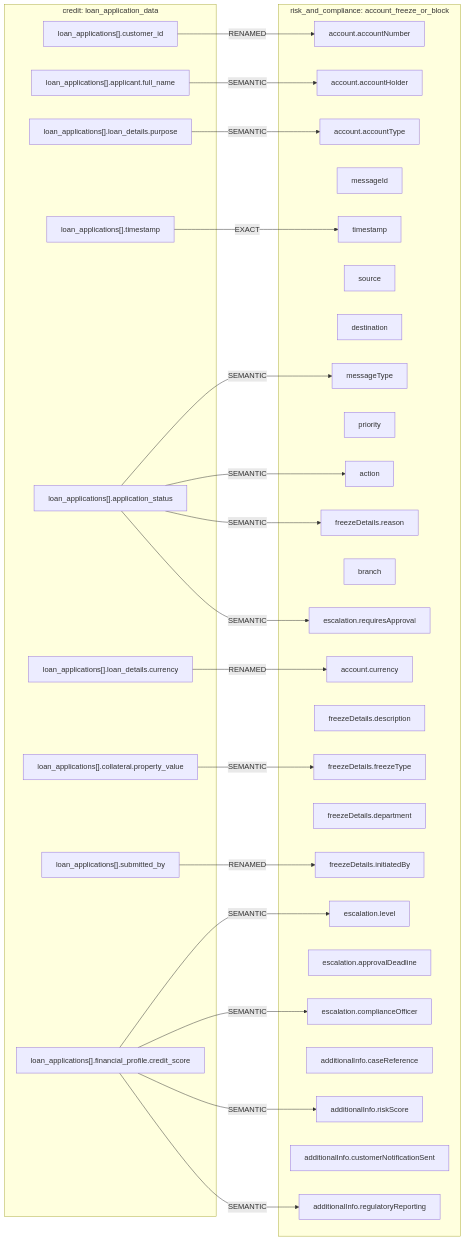
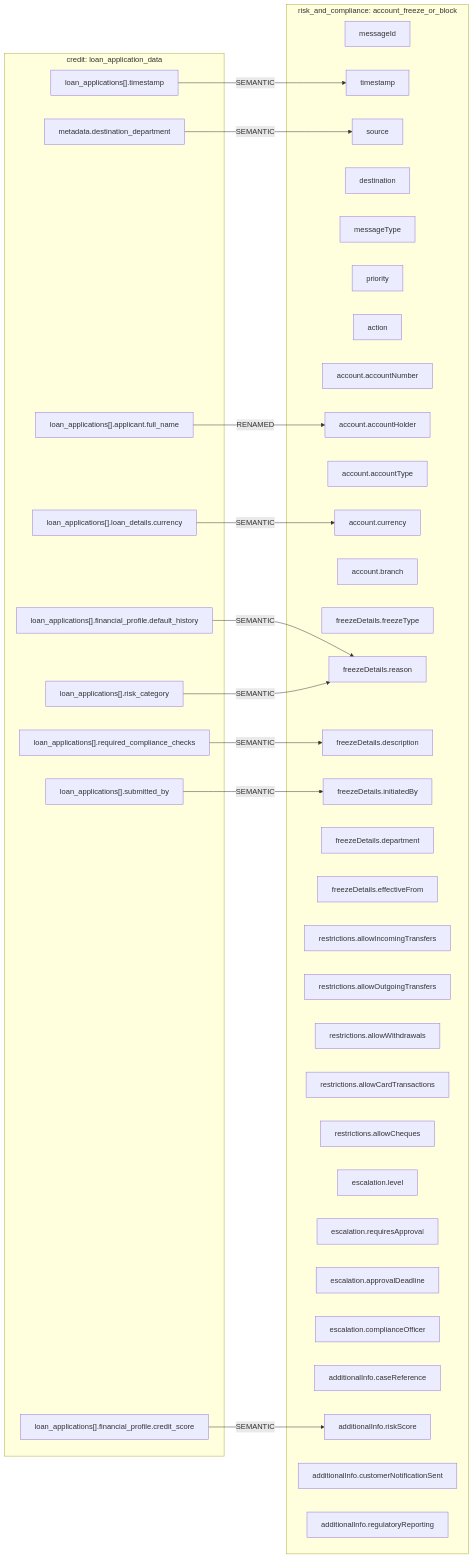
The diagram in mermaids/risk_and_compliance/accounts/account_freeze_or_block__from__credit__loan_application_data.mmd (MAKWilkinson/HSBC-Data-Fabric-PoC-v2), drawn with Mermaid before and after one commit. The commit also changed 447 other files, not shown here.

```diff
--- a/mermaids/risk_and_compliance/accounts/account_freeze_or_block__from__credit__loan_application_data.mmd
+++ b/mermaids/risk_and_compliance/accounts/account_freeze_or_block__from__credit__loan_application_data.mmd
@@ -1,54 +1,54 @@
 flowchart LR
   subgraph IN["credit: loan_application_data"]
-    in_loan_applications___customer_id["loan_applications[].customer_id"]
+    in_loan_applications___timestamp["loan_applications[].timestamp"]
+    in_metadata_destination_department["metadata.destination_department"]
     in_loan_applications___applicant_full_name["loan_applications[].applicant.full_name"]
-    in_loan_applications___loan_details_purpose["loan_applications[].loan_details.purpose"]
-    in_loan_applications___timestamp["loan_applications[].timestamp"]
-    in_loan_applications___application_status["loan_applications[].application_status"]
     in_loan_applications___loan_details_currency["loan_applications[].loan_details.currency"]
-    in_loan_applications___collateral_property_value["loan_applications[].collateral.property_value"]
+    in_loan_applications___financial_profile_default_history["loan_applications[].financial_profile.default_history"]
+    in_loan_applications___risk_category["loan_applications[].risk_category"]
+    in_loan_applications___required_compliance_checks["loan_applications[].required_compliance_checks"]
     in_loan_applications___submitted_by["loan_applications[].submitted_by"]
     in_loan_applications___financial_profile_credit_score["loan_applications[].financial_profile.credit_score"]
   end
   subgraph OUT["risk_and_compliance: account_freeze_or_block"]
-    out_account_accountNumber["account.accountNumber"]
-    out_account_accountHolder["account.accountHolder"]
-    out_account_accountType["account.accountType"]
     out_messageId["messageId"]
     out_timestamp["timestamp"]
     out_source["source"]
     out_destination["destination"]
     out_messageType["messageType"]
     out_priority["priority"]
     out_action["action"]
+    out_account_accountNumber["account.accountNumber"]
+    out_account_accountHolder["account.accountHolder"]
+    out_account_accountType["account.accountType"]
     out_account_currency["account.currency"]
-    out_branch["branch"]
+    out_account_branch["account.branch"]
     out_freezeDetails_freezeType["freezeDetails.freezeType"]
     out_freezeDetails_reason["freezeDetails.reason"]
     out_freezeDetails_description["freezeDetails.description"]
     out_freezeDetails_initiatedBy["freezeDetails.initiatedBy"]
     out_freezeDetails_department["freezeDetails.department"]
+    out_freezeDetails_effectiveFrom["freezeDetails.effectiveFrom"]
+    out_restrictions_allowIncomingTransfers["restrictions.allowIncomingTransfers"]
+    out_restrictions_allowOutgoingTransfers["restrictions.allowOutgoingTransfers"]
+    out_restrictions_allowWithdrawals["restrictions.allowWithdrawals"]
+    out_restrictions_allowCardTransactions["restrictions.allowCardTransactions"]
+    out_restrictions_allowCheques["restrictions.allowCheques"]
     out_escalation_level["escalation.level"]
     out_escalation_requiresApproval["escalation.requiresApproval"]
     out_escalation_approvalDeadline["escalation.approvalDeadline"]
     out_escalation_complianceOfficer["escalation.complianceOfficer"]
     out_additionalInfo_caseReference["additionalInfo.caseReference"]
     out_additionalInfo_riskScore["additionalInfo.riskScore"]
     out_additionalInfo_customerNotificationSent["additionalInfo.customerNotificationSent"]
     out_additionalInfo_regulatoryReporting["additionalInfo.regulatoryReporting"]
   end
-  in_loan_applications___customer_id -->|RENAMED| out_account_accountNumber
-  in_loan_applications___applicant_full_name -->|SEMANTIC| out_account_accountHolder
-  in_loan_applications___loan_details_purpose -->|SEMANTIC| out_account_accountType
-  in_loan_applications___timestamp -->|EXACT| out_timestamp
-  in_loan_applications___application_status -->|SEMANTIC| out_messageType
-  in_loan_applications___application_status -->|SEMANTIC| out_action
-  in_loan_applications___loan_details_currency -->|RENAMED| out_account_currency
-  in_loan_applications___collateral_property_value -->|SEMANTIC| out_freezeDetails_freezeType
-  in_loan_applications___application_status -->|SEMANTIC| out_freezeDetails_reason
-  in_loan_applications___submitted_by -->|RENAMED| out_freezeDetails_initiatedBy
-  in_loan_applications___financial_profile_credit_score -->|SEMANTIC| out_escalation_level
-  in_loan_applications___application_status -->|SEMANTIC| out_escalation_requiresApproval
-  in_loan_applications___financial_profile_credit_score -->|SEMANTIC| out_escalation_complianceOfficer
+  in_loan_applications___timestamp -->|SEMANTIC| out_timestamp
+  in_metadata_destination_department -->|SEMANTIC| out_source
+  in_loan_applications___applicant_full_name -->|RENAMED| out_account_accountHolder
+  in_loan_applications___loan_details_currency -->|SEMANTIC| out_account_currency
+  in_loan_applications___financial_profile_default_history -->|SEMANTIC| out_freezeDetails_reason
+  in_loan_applications___risk_category -->|SEMANTIC| out_freezeDetails_reason
+  in_loan_applications___required_compliance_checks -->|SEMANTIC| out_freezeDetails_description
+  in_loan_applications___submitted_by -->|SEMANTIC| out_freezeDetails_initiatedBy
   in_loan_applications___financial_profile_credit_score -->|SEMANTIC| out_additionalInfo_riskScore
-  in_loan_applications___financial_profile_credit_score -->|SEMANTIC| out_additionalInfo_regulatoryReporting
```
